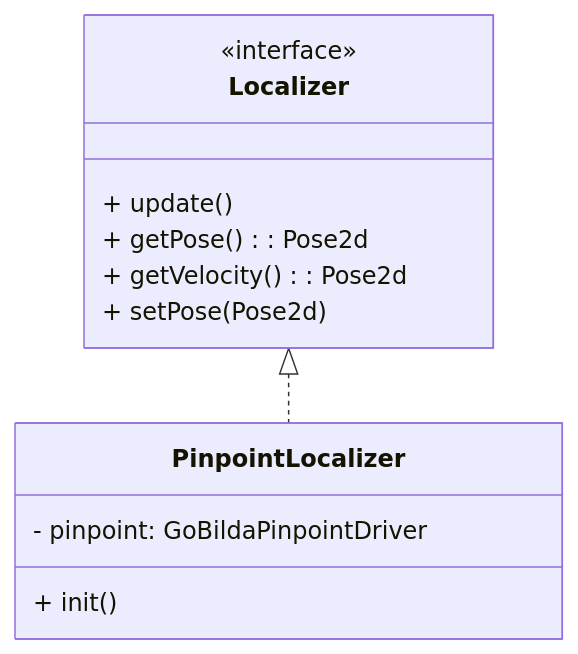
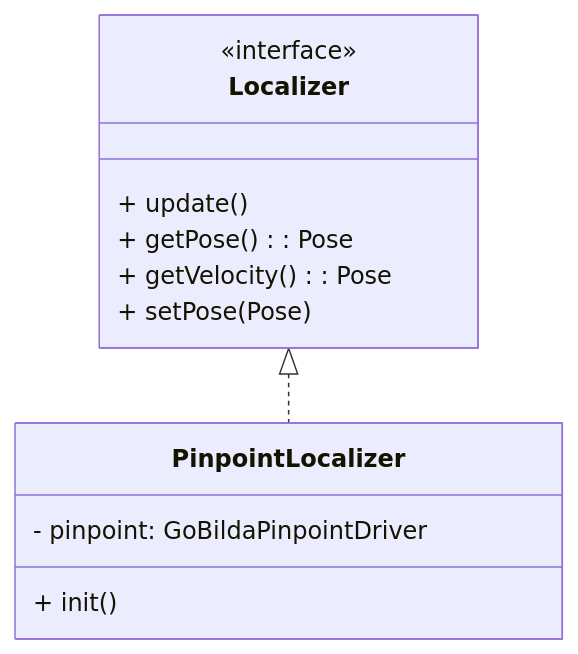
Before and after one commit to Supposeduck30/MooseX: the third of 5 diagrams in ARCHITECTURE.md, drawn with Mermaid. The commit also changed other lines of this file and 23 other files, not shown here.

````diff
--- a/ARCHITECTURE.md
+++ b/ARCHITECTURE.md
@@ -84,16 +83,16 @@
 ```mermaid
 classDiagram
     class Localizer {
         <<interface>>
         + update()
-        + getPose(): Pose2d
-        + getVelocity(): Pose2d
-        + setPose(Pose2d)
+        + getPose(): Pose
+        + getVelocity(): Pose
+        + setPose(Pose)
     }
     class PinpointLocalizer {
         - pinpoint: GoBildaPinpointDriver
         + init()
     }
 
     Localizer <|.. PinpointLocalizer
 ```
````
